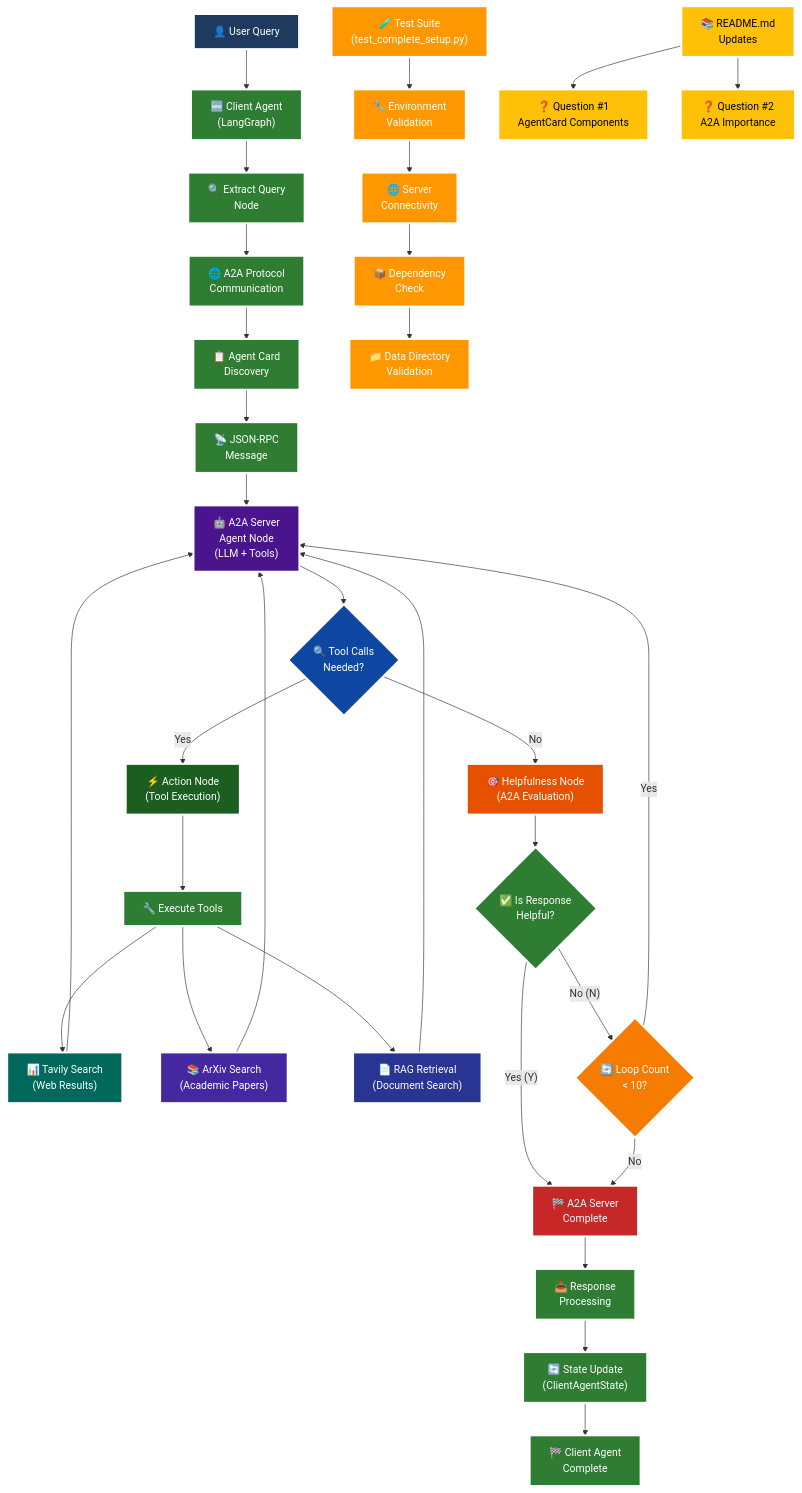
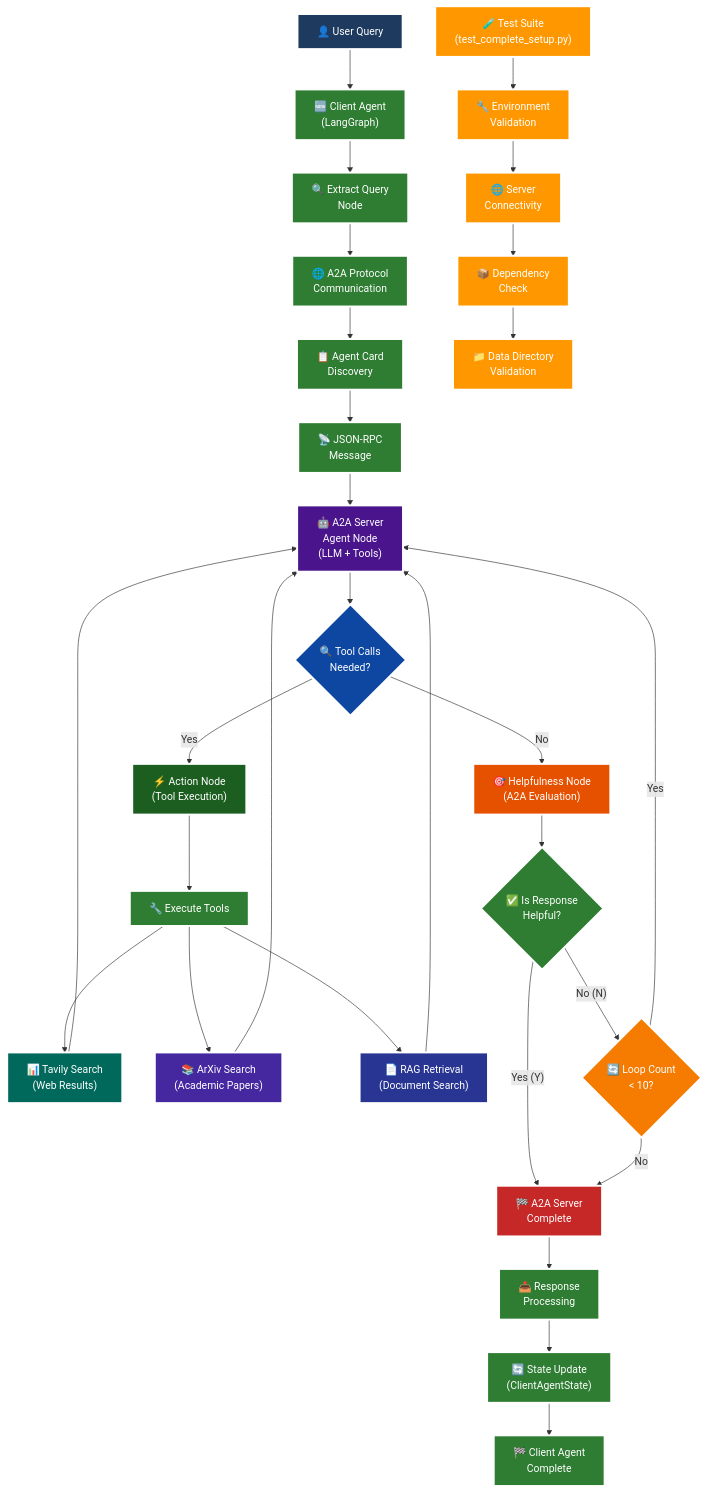
The diagram in 15_A2A_LangGraph/DEVELOPMENT_DIAGRAM.md (rchallapilla/AIE7), drawn with Mermaid before and after one commit. The commit also changed other lines of this file, not shown here.

Commit message:
updated mermaid diagram

````diff
--- a/15_A2A_LangGraph/DEVELOPMENT_DIAGRAM.md
+++ b/15_A2A_LangGraph/DEVELOPMENT_DIAGRAM.md
@@ -7,78 +7,71 @@
 ```mermaid
 graph TD
     %% User Input and Client Agent Flow (Green nodes)
     A["👤 User Query"] --> M["🆕 Client Agent<br/>(LangGraph)"]
     M --> N["🔍 Extract Query<br/>Node"]
     N --> O["🌐 A2A Protocol<br/>Communication"]
     O --> P["📋 Agent Card<br/>Discovery"]
     P --> Q["📡 JSON-RPC<br/>Message"]
     
     %% A2A Server Flow (Blue/Purple nodes)
     Q --> B["🤖 A2A Server<br/>Agent Node<br/>(LLM + Tools)"]
     B --> C{"🔍 Tool Calls<br/>Needed?"}
     C -->|"Yes"| D["⚡ Action Node<br/>(Tool Execution)"]
     C -->|"No"| E["🎯 Helpfulness Node<br/>(A2A Evaluation)"]
     D --> F["🔧 Execute Tools"]
     F --> G["📊 Tavily Search<br/>(Web Results)"]
     F --> H["📚 ArXiv Search<br/>(Academic Papers)"]  
     F --> I["📄 RAG Retrieval<br/>(Document Search)"]
     G --> B
     H --> B
     I --> B
     E --> J{"✅ Is Response<br/>Helpful?"}
     J -->|"Yes (Y)"| K["🏁 A2A Server<br/>Complete"]
     J -->|"No (N)"| L{"🔄 Loop Count<br/>< 10?"}
     L -->|"Yes"| B
     L -->|"No"| K
     
     %% Response Flow Back to Client Agent
     K --> R["📤 Response<br/>Processing"]
     R --> S["🔄 State Update<br/>(ClientAgentState)"]
     S --> T["🏁 Client Agent<br/>Complete"]
     
     %% Testing Infrastructure (Orange nodes)
     U["🧪 Test Suite<br/>(test_complete_setup.py)"] --> V["🔧 Environment<br/>Validation"]
     V --> W["🌐 Server<br/>Connectivity"]
     W --> X["📦 Dependency<br/>Check"]
     X --> Y["📁 Data Directory<br/>Validation"]
     
-    %% Documentation (Yellow nodes)
-    Z["📚 README.md<br/>Updates"] --> AA["❓ Question #1<br/>AgentCard Components"]
-    Z --> BB["❓ Question #2<br/>A2A Importance"]
-    
     %% Styling - Original components (Blue/Purple)
     style A fill:#1e3a5f,stroke:#ffffff,stroke-width:3px,color:#ffffff
     style B fill:#4a148c,stroke:#ffffff,stroke-width:3px,color:#ffffff
     style C fill:#0d47a1,stroke:#ffffff,stroke-width:3px,color:#ffffff
     style D fill:#1b5e20,stroke:#ffffff,stroke-width:3px,color:#ffffff
     style E fill:#e65100,stroke:#ffffff,stroke-width:3px,color:#ffffff
     style F fill:#2e7d32,stroke:#ffffff,stroke-width:3px,color:#ffffff
     style G fill:#00695c,stroke:#ffffff,stroke-width:3px,color:#ffffff
     style H fill:#4527a0,stroke:#ffffff,stroke-width:3px,color:#ffffff
     style I fill:#283593,stroke:#ffffff,stroke-width:3px,color:#ffffff
     style J fill:#2e7d32,stroke:#ffffff,stroke-width:3px,color:#ffffff
     style K fill:#c62828,stroke:#ffffff,stroke-width:3px,color:#ffffff
     style L fill:#f57c00,stroke:#ffffff,stroke-width:3px,color:#ffffff
     
     %% NEW DEVELOPMENT WORK (Green nodes)
     style M fill:#2e7d32,stroke:#ffffff,stroke-width:3px,color:#ffffff
     style N fill:#2e7d32,stroke:#ffffff,stroke-width:3px,color:#ffffff
     style O fill:#2e7d32,stroke:#ffffff,stroke-width:3px,color:#ffffff
     style P fill:#2e7d32,stroke:#ffffff,stroke-width:3px,color:#ffffff
     style Q fill:#2e7d32,stroke:#ffffff,stroke-width:3px,color:#ffffff
     style R fill:#2e7d32,stroke:#ffffff,stroke-width:3px,color:#ffffff
     style S fill:#2e7d32,stroke:#ffffff,stroke-width:3px,color:#ffffff
     style T fill:#2e7d32,stroke:#ffffff,stroke-width:3px,color:#ffffff
     
     %% Testing Infrastructure (Orange nodes)
     style U fill:#ff9800,stroke:#ffffff,stroke-width:3px,color:#ffffff
     style V fill:#ff9800,stroke:#ffffff,stroke-width:3px,color:#ffffff
     style W fill:#ff9800,stroke:#ffffff,stroke-width:3px,color:#ffffff
     style X fill:#ff9800,stroke:#ffffff,stroke-width:3px,color:#ffffff
     style Y fill:#ff9800,stroke:#ffffff,stroke-width:3px,color:#ffffff
     
-    %% Documentation (Yellow nodes)
-    style Z fill:#ffc107,stroke:#ffffff,stroke-width:3px,color:#000000
-    style AA fill:#ffc107,stroke:#ffffff,stroke-width:3px,color:#000000
-    style BB fill:#ffc107,stroke:#ffffff,stroke-width:3px,color:#000000
+
 ```
````
